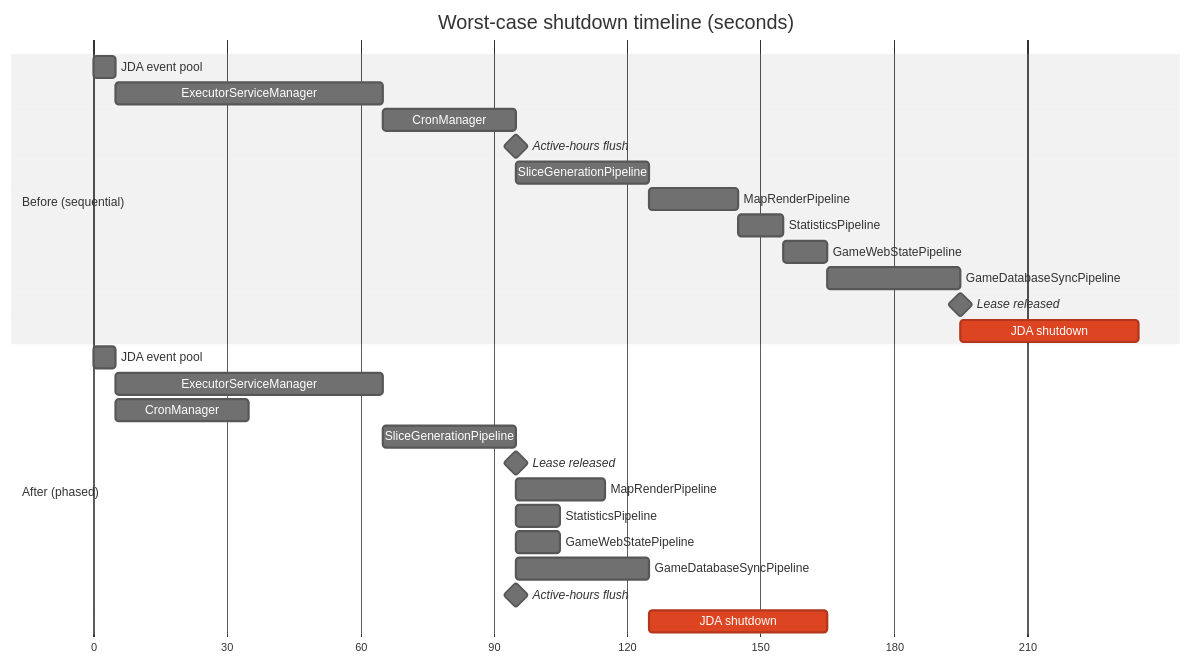
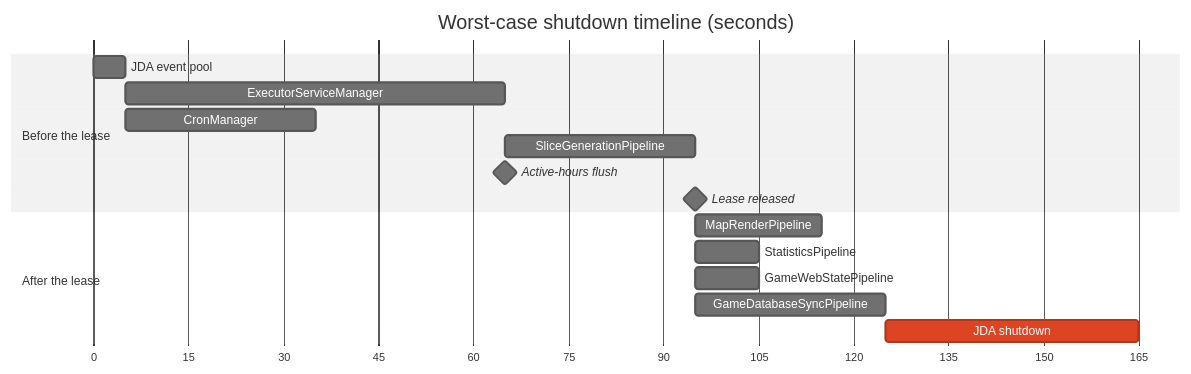
Before and after one commit to AsyncTI4/TI4_map_generator_bot: the fifth of 5 diagrams in DEPLOYMENT.md, drawn with Mermaid (neutral theme). The commit also changed other lines of this file and 2 other files, not shown here.

First line of the commit message:
Flush active hours before releasing the lease

````diff
--- a/DEPLOYMENT.md
+++ b/DEPLOYMENT.md
@@ -230,32 +237,21 @@
 ```mermaid
 gantt
     title Worst-case shutdown timeline (seconds)
     dateFormat X
     axisFormat %s
 
-    section Before (sequential)
-    JDA event pool            :b1, 0, 5s
-    ExecutorServiceManager    :b2, after b1, 60s
-    CronManager               :b3, after b2, 30s
-    Active-hours flush        :milestone, b4, after b3, 0s
-    SliceGenerationPipeline   :b5, after b3, 30s
-    MapRenderPipeline         :b6, after b5, 20s
-    StatisticsPipeline        :b7, after b6, 10s
-    GameWebStatePipeline      :b8, after b7, 10s
-    GameDatabaseSyncPipeline  :b9, after b8, 30s
-    Lease released            :milestone, b11, after b9, 0s
-    JDA shutdown              :crit, b10, after b9, 40s
-
-    section After (phased)
+    section Before the lease
     JDA event pool            :a1, 0, 5s
     ExecutorServiceManager    :a2, after a1, 60s
     CronManager               :a3, after a1, 30s
     SliceGenerationPipeline   :a5, after a2, 30s
+    Active-hours flush        :milestone, a4, after a2, 0s
     Lease released            :milestone, a11, after a5, 0s
+
+    section After the lease
     MapRenderPipeline         :a6, after a5, 20s
     StatisticsPipeline        :a7, after a5, 10s
     GameWebStatePipeline      :a8, after a5, 10s
     GameDatabaseSyncPipeline  :a9, after a5, 30s
-    Active-hours flush        :milestone, a4, after a5, 0s
     JDA shutdown              :crit, a10, after a9, 40s
 ```
````
